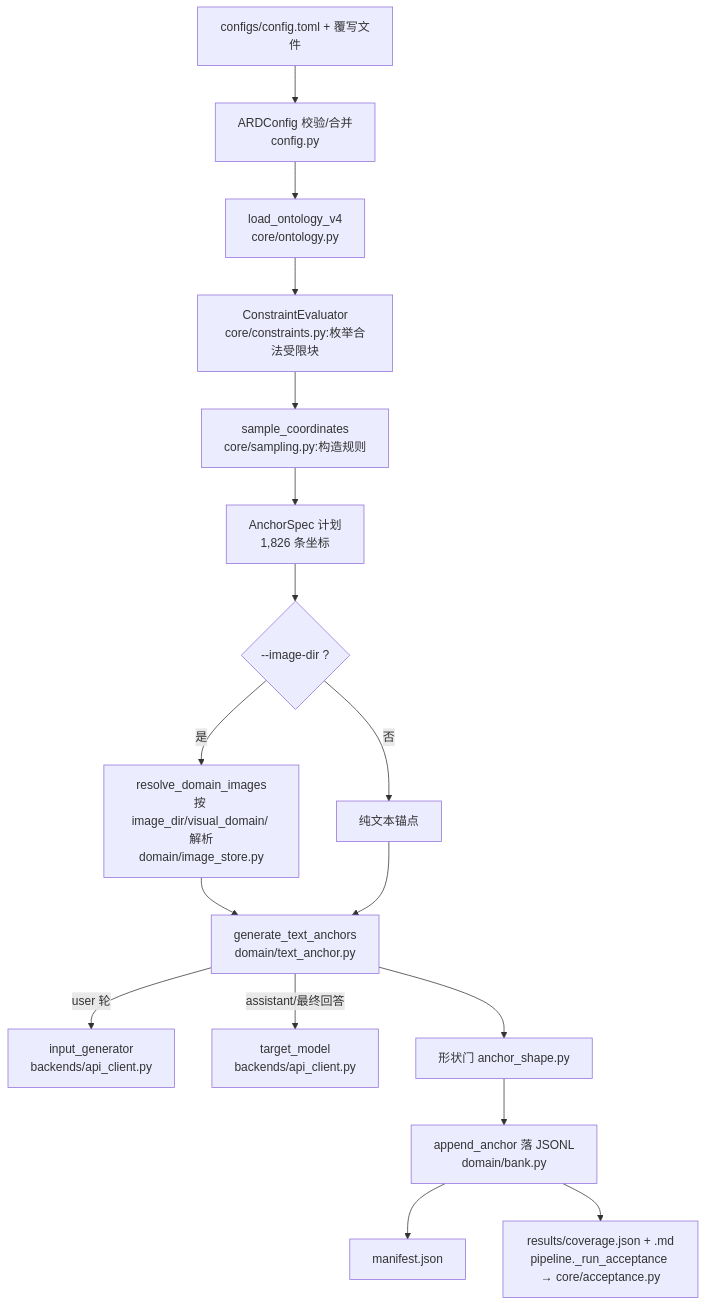
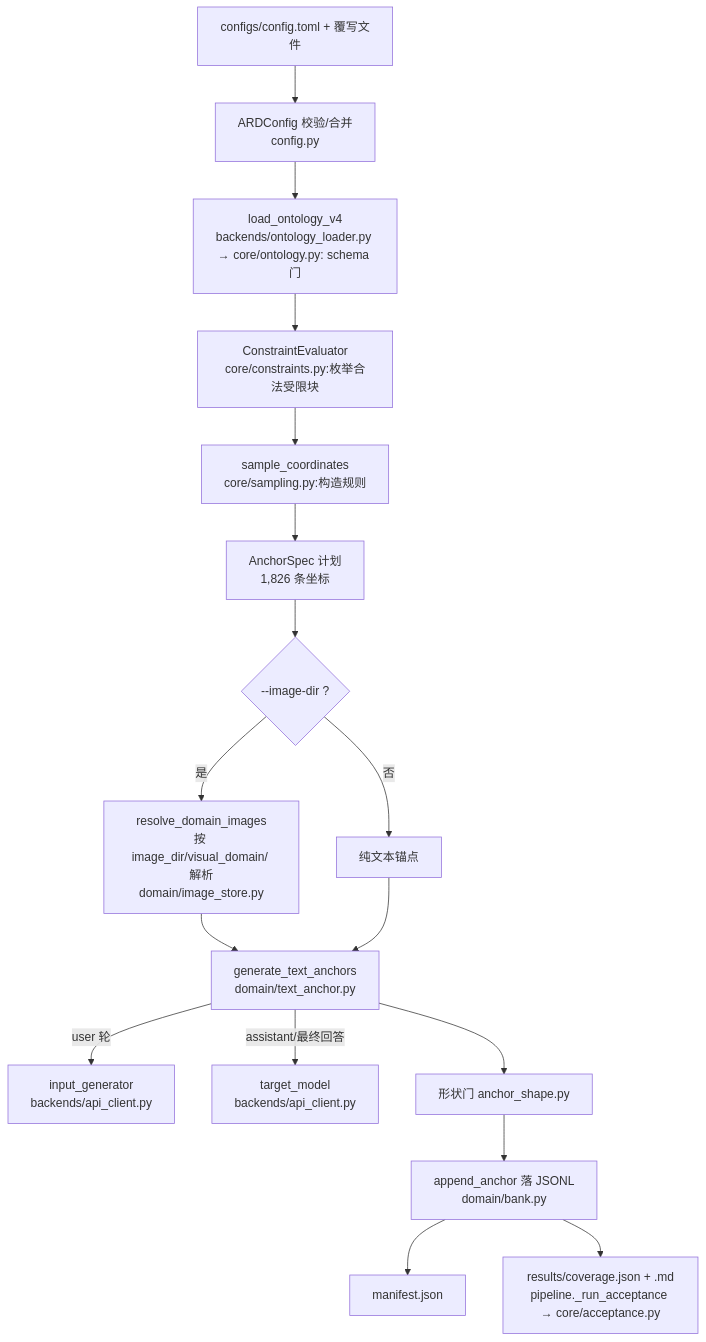
Before and after one commit to godthrone/anchor-replay-distillation: the second of 5 diagrams in docs/architecture.md, drawn with Mermaid. The commit also changed other lines of this file and 2 other files, not shown here.

Commit message:
docs: re-verify line references and align the core-boundary disclosure

````diff
--- a/docs/architecture.md
+++ b/docs/architecture.md
@@ -62,19 +68,19 @@
 ```mermaid
 flowchart TD
     A["configs/config.toml + 覆写文件"] --> B["ARDConfig 校验/合并<br/>config.py"]
-    B --> C["load_ontology_v4<br/>core/ontology.py"]
+    B --> C["load_ontology_v4<br/>backends/ontology_loader.py → core/ontology.py: schema 门"]
     C --> D["ConstraintEvaluator<br/>core/constraints.py:枚举合法受限块"]
     D --> E["sample_coordinates<br/>core/sampling.py:构造规则"]
     E --> F["AnchorSpec 计划<br/>1,826 条坐标"]
     F --> G{"--image-dir ?"}
     G -- 是 --> H["resolve_domain_images<br/>按 image_dir/visual_domain/ 解析<br/>domain/image_store.py"]
     G -- 否 --> I["纯文本锚点"]
     H --> J["generate_text_anchors<br/>domain/text_anchor.py"]
     I --> J
     J -->|"user 轮"| K["input_generator<br/>backends/api_client.py"]
     J -->|"assistant/最终回答"| L["target_model<br/>backends/api_client.py"]
     J --> M["形状门 anchor_shape.py"]
     M --> N["append_anchor 落 JSONL<br/>domain/bank.py"]
     N --> O["manifest.json"]
     N --> P["results/coverage.json + .md<br/>pipeline._run_acceptance → core/acceptance.py"]
 ```
````
